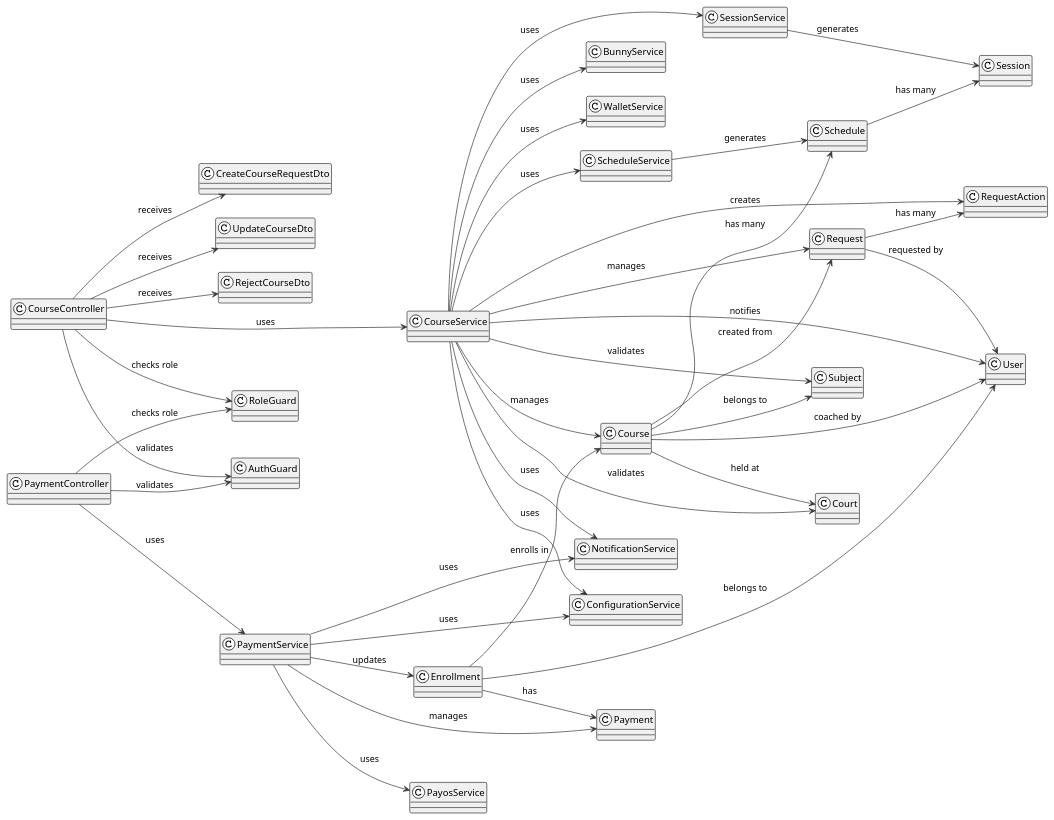
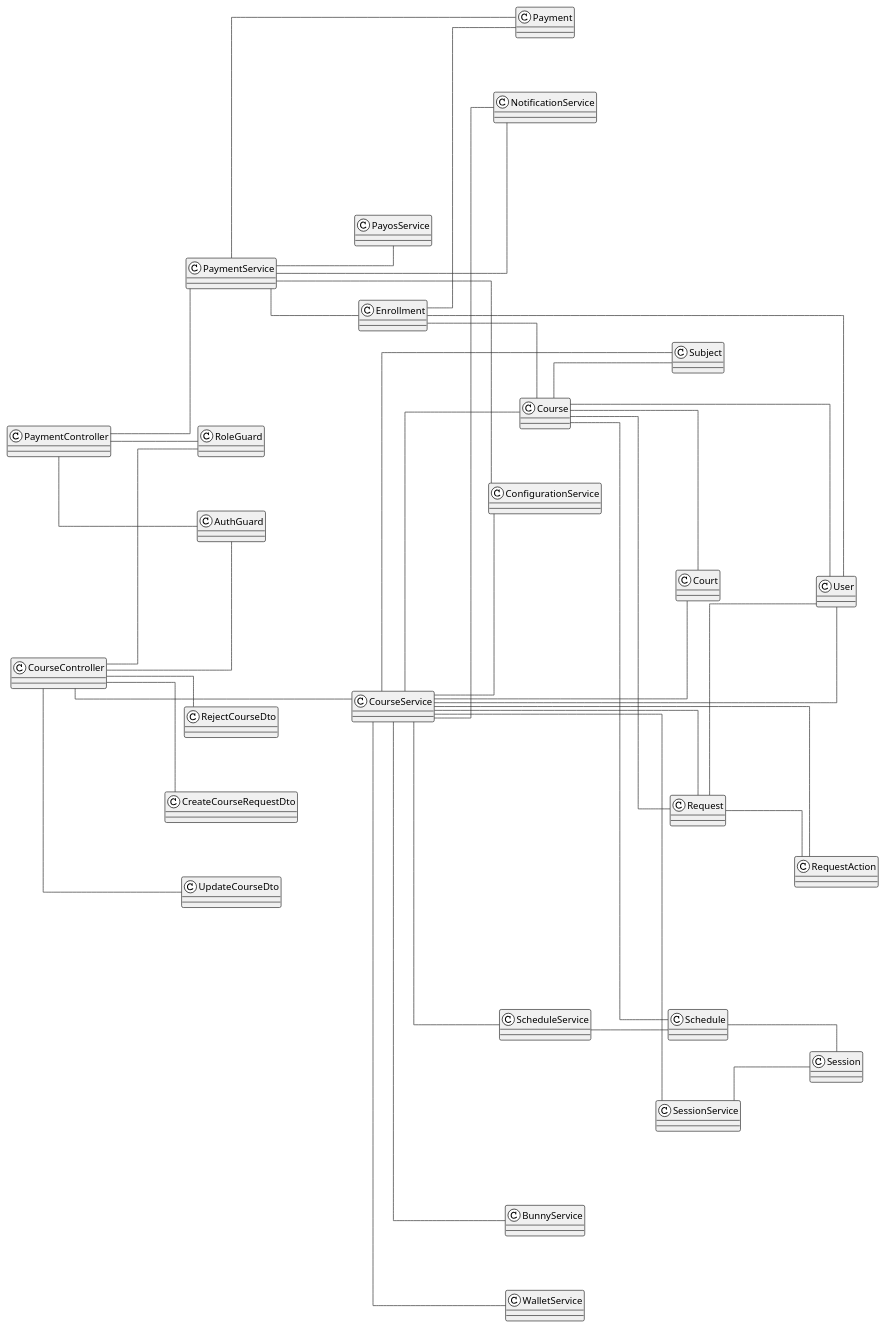
One commit to gs4lthung/capstone-project-be changed the diagram in diagrams/details/manage-course/class-diagram.puml. Above: the diagram before and after it, drawn with PlantUML. The commit also changed 34 other files, not shown here.

First line of the commit message:
Add diagrams for AI subject generation, login module, and manage course features

```diff
--- a/diagrams/details/manage-course/class-diagram.puml
+++ b/diagrams/details/manage-course/class-diagram.puml
@@ -1,192 +2,180 @@
 @startuml ManageCourseClassDiagram
 !theme plain
+skinparam linetype ortho
+skinparam nodesep 80
+skinparam ranksep 80
 skinparam classBackgroundColor #f0f0f0
 skinparam classBorderColor #333
 skinparam arrowColor #333
-
 left to right direction
 
 ' ════════════════════════════════════════════════════════════════════════════════════
 ' CONTROLLER LAYER
 ' ════════════════════════════════════════════════════════════════════════════════════
 
 class CourseController {
 
 }
 
 class PaymentController {
 
 }
 
 ' ════════════════════════════════════════════════════════════════════════════════════
 ' GUARD LAYER
 ' ════════════════════════════════════════════════════════════════════════════════════
 
 class AuthGuard {
 
 }
 
 class RoleGuard {
 
 }
 
 ' ════════════════════════════════════════════════════════════════════════════════════
 ' DTO LAYER
 ' ════════════════════════════════════════════════════════════════════════════════════
 
 class CreateCourseRequestDto {
 
 }
 
 class UpdateCourseDto {
 
 }
 
 class RejectCourseDto {
 
 }
 
 ' ════════════════════════════════════════════════════════════════════════════════════
 ' SERVICE LAYER
 ' ════════════════════════════════════════════════════════════════════════════════════
 
 class CourseService {
 
 }
 
 class PaymentService {
 
 }
 
 class ScheduleService {
 
 }
 
 class SessionService {
 
 }
 
 class NotificationService {
 
 }
 
 class ConfigurationService {
 
 }
 
 class BunnyService {
 
 }
 
 class PayosService {
 
 }
 
 class WalletService {
 
 }
 
 ' ════════════════════════════════════════════════════════════════════════════════════
 ' ENTITY LAYER
 ' ════════════════════════════════════════════════════════════════════════════════════
 
 class Course {
 
 }
 
 class Schedule {
 
 }
 
 class Session {
 
 }
 
 class User {
 
 }
 
 class Subject {
 
 }
 
 class Court {
 
 }
 
 class Request {
 
 }
 
 class RequestAction {
 
 }
 
 class Enrollment {
 
 }
 
 class Payment {
 
 }
 
 ' ════════════════════════════════════════════════════════════════════════════════════
 ' RELATIONSHIPS
 ' ════════════════════════════════════════════════════════════════════════════════════
 
-' Controller relationships
-CourseController --> AuthGuard: validates
-CourseController --> RoleGuard: checks role
-CourseController --> CourseService: uses
-CourseController --> CreateCourseRequestDto: receives
-CourseController --> UpdateCourseDto: receives
-CourseController --> RejectCourseDto: receives
 
-PaymentController --> AuthGuard: validates
-PaymentController --> RoleGuard: checks role
-PaymentController --> PaymentService: uses
-
-' Service to Service relationships
-CourseService --> ScheduleService: uses
-CourseService --> SessionService: uses
-CourseService --> NotificationService: uses
-CourseService --> ConfigurationService: uses
-CourseService --> BunnyService: uses
-CourseService --> WalletService: uses
-
-PaymentService --> PayosService: uses
-PaymentService --> NotificationService: uses
-PaymentService --> ConfigurationService: uses
-
-' Service to Entity relationships
-CourseService --> Course: manages
-CourseService --> Request: manages
-CourseService --> RequestAction: creates
-CourseService --> Subject: validates
-CourseService --> Court: validates
-CourseService --> User: notifies
-
-PaymentService --> Payment: manages
-PaymentService --> Enrollment: updates
-
-ScheduleService --> Schedule: generates
-
-SessionService --> Session: generates
-
-' Entity relationships
-Course --> Schedule: has many
-Course --> User: coached by
-Course --> Subject: belongs to
-Course --> Court: held at
-Course --> Request: created from
-
-Schedule --> Session: has many
-
-Enrollment --> Course: enrolls in
-Enrollment --> User: belongs to
-Enrollment --> Payment: has
-
-Request --> User: requested by
-Request --> RequestAction: has many
+CourseController -- AuthGuard
+CourseController -- RoleGuard
+CourseController -- CourseService
+CourseController -- CreateCourseRequestDto
+CourseController -- UpdateCourseDto
+CourseController -- RejectCourseDto
+PaymentController -- AuthGuard
+PaymentController -- RoleGuard
+PaymentController -- PaymentService
+CourseService -- ScheduleService
+CourseService -- SessionService
+CourseService -- NotificationService
+CourseService -- ConfigurationService
+CourseService -- BunnyService
+CourseService -- WalletService
+PaymentService -- PayosService
+PaymentService -- NotificationService
+PaymentService -- ConfigurationService
+CourseService -- Course
+CourseService -- Request
+CourseService -- RequestAction
+CourseService -- Subject
+CourseService -- Court
+CourseService -- User
+PaymentService -- Payment
+PaymentService -- Enrollment
+ScheduleService -- Schedule
+SessionService -- Session
+Course -- Schedule
+Course -- User
+Course -- Subject
+Course -- Court
+Course -- Request
+Schedule -- Session
+Enrollment -- Course
+Enrollment -- User
+Enrollment -- Payment
+Request -- User
+Request -- RequestAction
 
 @enduml
```
